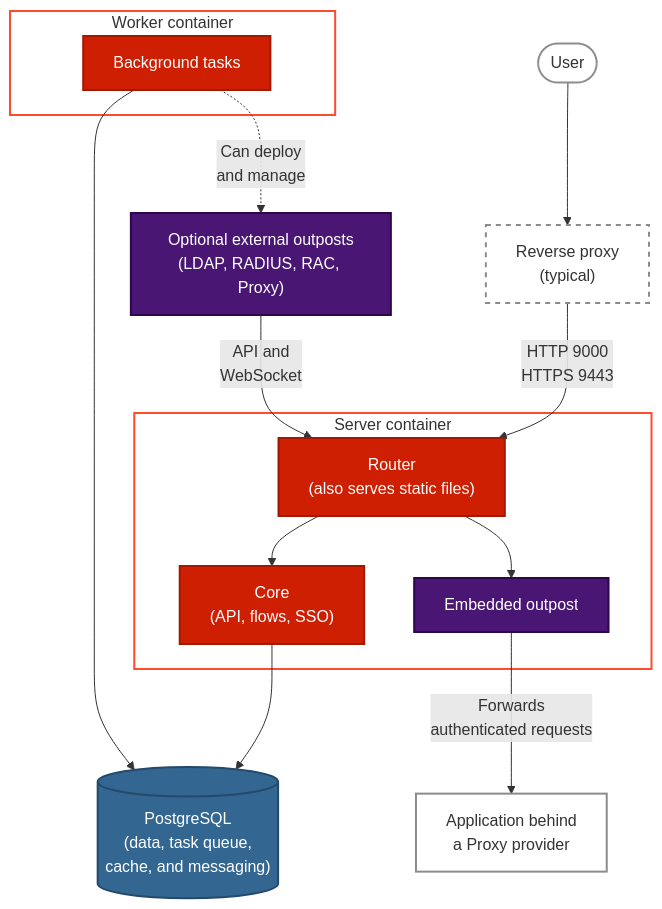
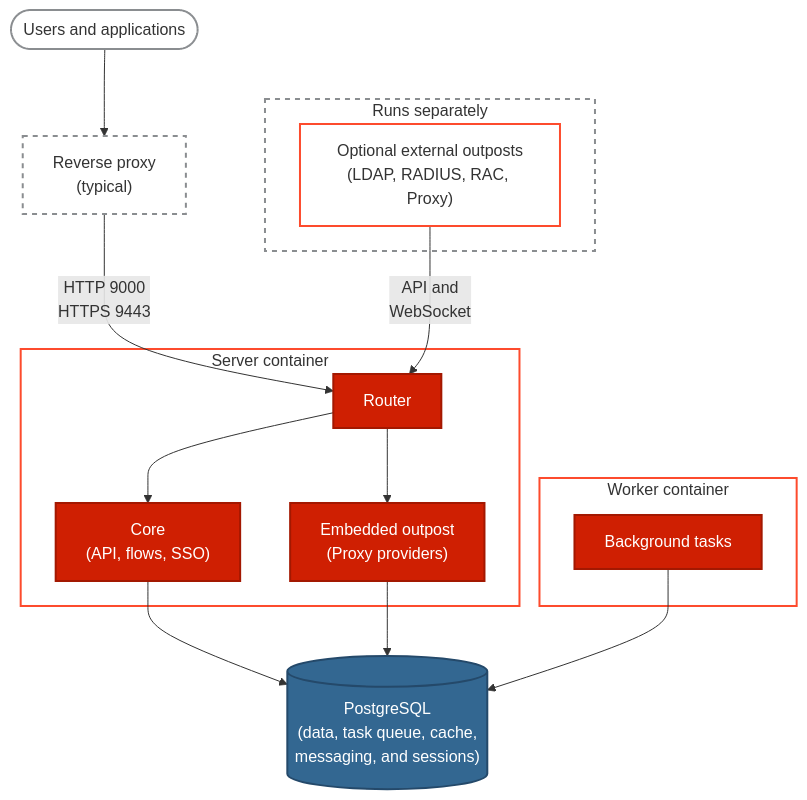
The diagram in website/docs/core/architecture.mdx (goauthentik/authentik), drawn with Mermaid before and after one commit. The commit also changed other lines of this file, not shown here.

Commit message:
Updated diagram and slight language changes

````diff
--- a/website/docs/core/architecture.mdx
+++ b/website/docs/core/architecture.mdx
@@ -12,43 +12,47 @@
 ```mermaid
-graph TD
-    user(["User"])
+flowchart TD
+    users(["Users and applications"])
     rp["Reverse proxy<br/>(typical)"]
-    ext_outposts["Optional external outposts<br/>(LDAP, RADIUS, RAC, Proxy)"]
-    app["Application behind<br/>a Proxy provider"]
+
+    subgraph ext_group ["Runs separately"]
+        ext_outposts["Optional external outposts<br/>(LDAP, RADIUS, RAC, Proxy)"]
+    end
 
     subgraph server_container ["Server container"]
-        router["Router<br/>(also serves static files)"]
+        router["Router"]
         core["Core<br/>(API, flows, SSO)"]
-        embedded["Embedded outpost"]
+        embedded["Embedded outpost<br/>(Proxy providers)"]
     end
 
     subgraph worker_container ["Worker container"]
         worker["Background tasks"]
     end
 
-    db[("PostgreSQL<br/>(data, task queue,<br/>cache, and messaging)")]
+    db[("PostgreSQL<br/>(data, task queue, cache,<br/>messaging, and sessions)")]
 
-    user --> rp
-    rp -->|"HTTP 9000<br/>HTTPS 9443"| router
+    users --> rp -->|"HTTP 9000<br/>HTTPS 9443"| router
     ext_outposts -->|"API and<br/>WebSocket"| router
     router --> core
     router --> embedded
-    embedded -->|"Forwards<br/>authenticated requests"| app
     core --> db
+    embedded --> db
     worker --> db
-    worker -.->|"Can deploy<br/>and manage"| ext_outposts
+
+    %% Invisible link: aligns the worker with Core without implying a connection.
+    router ~~~ worker
 
     classDef external fill:transparent,stroke:#8a8d90,stroke-width:2px
+    classDef container fill:transparent,stroke:#fd4b2d,stroke-width:2px
     classDef authentik fill:#cf1f02,stroke:#a31801,stroke-width:2px,color:#ffffff
-    classDef outpost fill:#4a1673,stroke:#2f064b,stroke-width:2px,color:#ffffff
     classDef database fill:#336791,stroke:#24496a,stroke-width:2px,color:#ffffff
 
-    class user,rp,app external
-    class router,core,worker authentik
-    class embedded,ext_outposts outpost
+    class users,rp external
+    class ext_outposts container
+    class router,core,embedded,worker authentik
     class db database
 
     style rp stroke-dasharray:5 5
+    style ext_group fill:transparent,stroke:#8a8d90,stroke-width:2px,stroke-dasharray:5 5
     style server_container fill:transparent,stroke:#fd4b2d,stroke-width:2px
     style worker_container fill:transparent,stroke:#fd4b2d,stroke-width:2px
 ```
````
